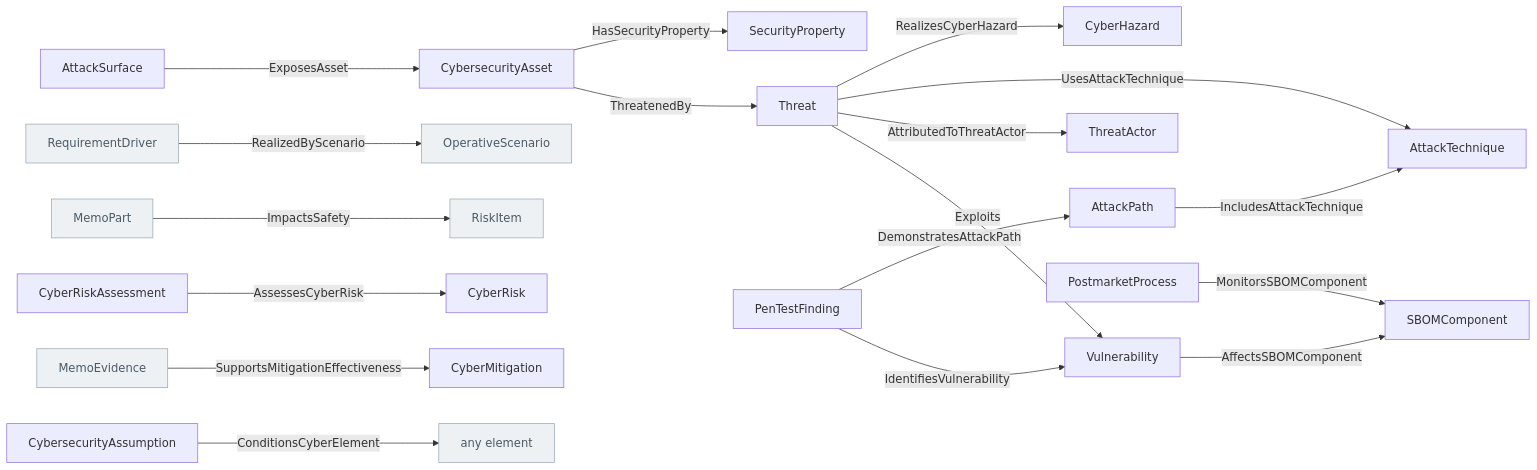
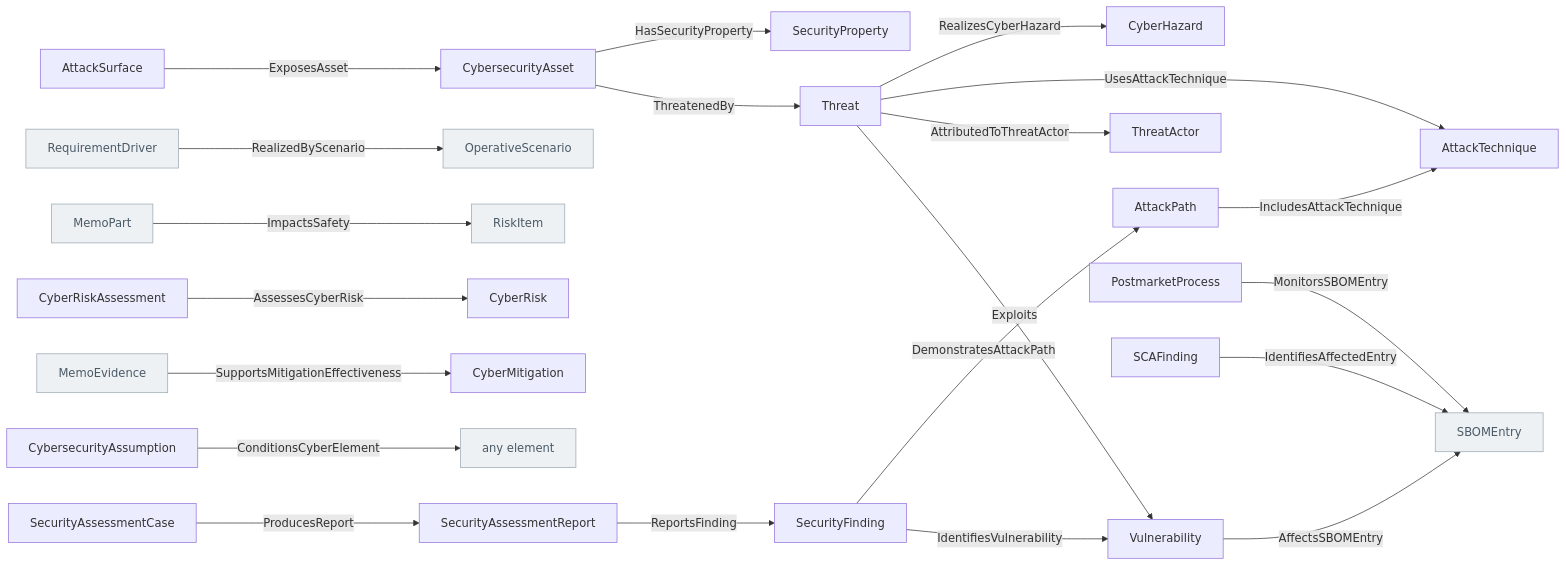
Before and after one commit to memoarchitect/memo: the diagram in docs/ontology/_generated/cybersecurity.md, drawn with Mermaid. The commit also changed other lines of this file and 19 other files, not shown here.

First line of the commit message:
ontology: hardware connections, OTS/SOUP, SBOM and security assessment

````diff
--- a/docs/ontology/_generated/cybersecurity.md
+++ b/docs/ontology/_generated/cybersecurity.md
@@ -33,43 +38,49 @@
 ```mermaid
 flowchart LR
   CybersecurityAsset["CybersecurityAsset"]
   Threat["Threat"]
   Vulnerability["Vulnerability"]
   RequirementDriver["RequirementDriver"]:::other
   OperativeScenario["OperativeScenario"]:::other
   MemoPart["MemoPart"]:::other
   RiskItem["RiskItem"]:::other
   SecurityProperty["SecurityProperty"]
   AttackSurface["AttackSurface"]
   ThreatActor["ThreatActor"]
   AttackTechnique["AttackTechnique"]
   AttackPath["AttackPath"]
   CyberHazard["CyberHazard"]
   CyberRiskAssessment["CyberRiskAssessment"]
   CyberRisk["CyberRisk"]
-  PenTestFinding["PenTestFinding"]
-  SBOMComponent["SBOMComponent"]
+  SecurityFinding["SecurityFinding"]
+  SBOMEntry["SBOMEntry"]:::other
   MemoEvidence["MemoEvidence"]:::other
   CyberMitigation["CyberMitigation"]
   CybersecurityAssumption["CybersecurityAssumption"]
   anyElement["any element"]:::other
   PostmarketProcess["PostmarketProcess"]
+  SecurityAssessmentCase["SecurityAssessmentCase"]
+  SecurityAssessmentReport["SecurityAssessmentReport"]
+  SCAFinding["SCAFinding"]
   CybersecurityAsset -->|ThreatenedBy| Threat
   Threat -->|Exploits| Vulnerability
   RequirementDriver -->|RealizedByScenario| OperativeScenario
   MemoPart -->|ImpactsSafety| RiskItem
   CybersecurityAsset -->|HasSecurityProperty| SecurityProperty
   AttackSurface -->|ExposesAsset| CybersecurityAsset
   Threat -->|AttributedToThreatActor| ThreatActor
   Threat -->|UsesAttackTechnique| AttackTechnique
   AttackPath -->|IncludesAttackTechnique| AttackTechnique
   Threat -->|RealizesCyberHazard| CyberHazard
   CyberRiskAssessment -->|AssessesCyberRisk| CyberRisk
-  PenTestFinding -->|IdentifiesVulnerability| Vulnerability
-  Vulnerability -->|AffectsSBOMComponent| SBOMComponent
-  PenTestFinding -->|DemonstratesAttackPath| AttackPath
+  SecurityFinding -->|IdentifiesVulnerability| Vulnerability
+  Vulnerability -->|AffectsSBOMEntry| SBOMEntry
+  SecurityFinding -->|DemonstratesAttackPath| AttackPath
   MemoEvidence -->|SupportsMitigationEffectiveness| CyberMitigation
   CybersecurityAssumption -->|ConditionsCyberElement| anyElement
-  PostmarketProcess -->|MonitorsSBOMComponent| SBOMComponent
+  PostmarketProcess -->|MonitorsSBOMEntry| SBOMEntry
+  SecurityAssessmentCase -->|ProducesReport| SecurityAssessmentReport
+  SecurityAssessmentReport -->|ReportsFinding| SecurityFinding
+  SCAFinding -->|IdentifiesAffectedEntry| SBOMEntry
   classDef other fill:#eef1f4,stroke:#9aa7b2,color:#4a5a66
 ```
````
